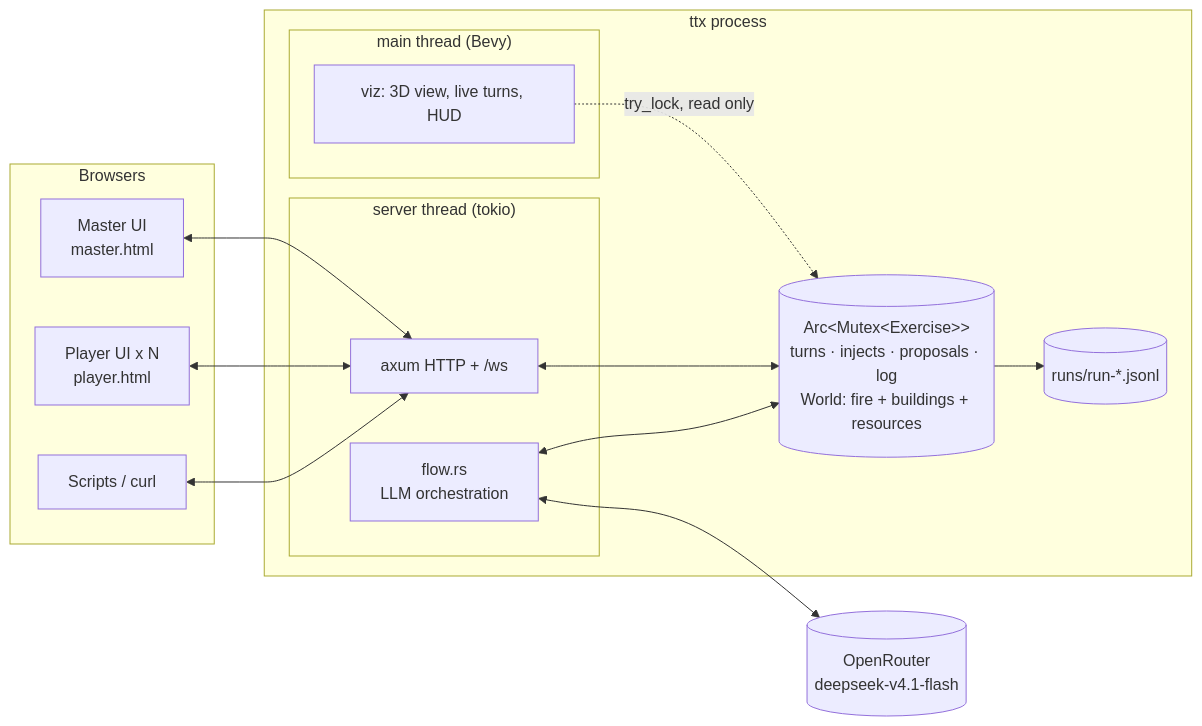
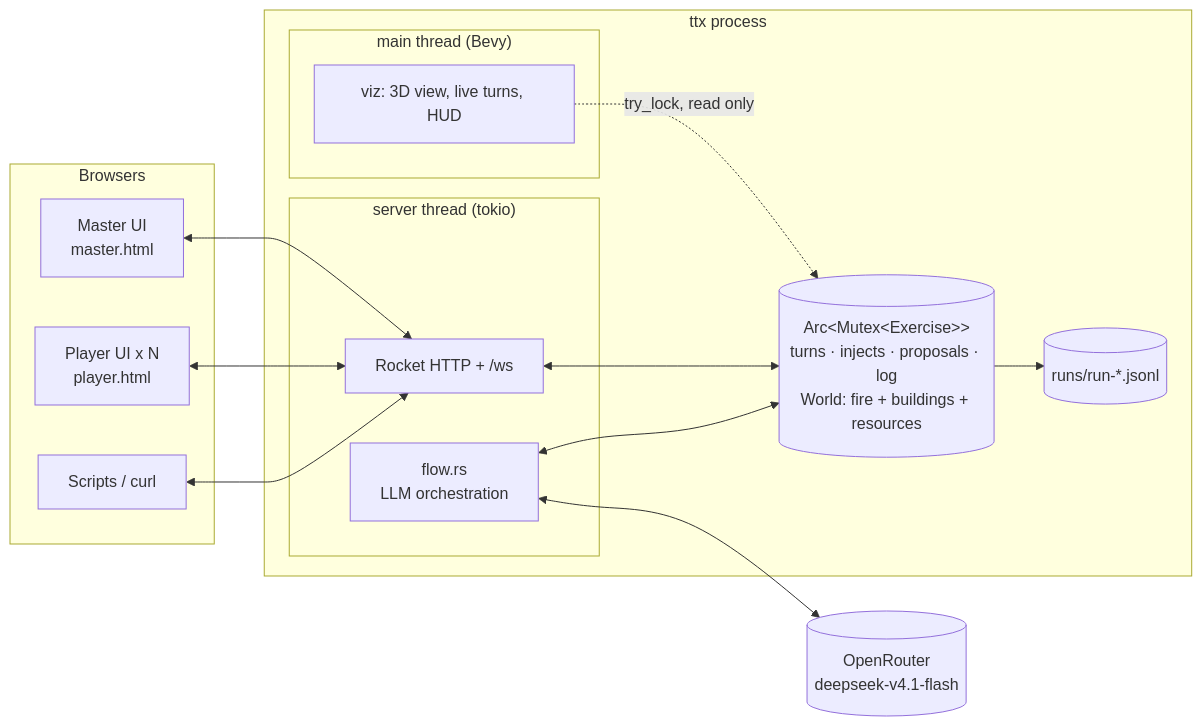
One commit to mirkodandrea/european-civil-protection-forum changed the first of 2 diagrams in docs/architecture.md. Above: the diagram before and after it, drawn with Mermaid. The commit also changed other lines of this file and 46 other files, not shown here.

````diff
--- a/docs/architecture.md
+++ b/docs/architecture.md
@@ -5,26 +5,26 @@
 ```mermaid
 flowchart LR
     subgraph Browsers
         M[Master UI<br/>master.html]
         P[Player UI x N<br/>player.html]
         S[Scripts / curl]
     end
     subgraph ttx["ttx process"]
         subgraph tokio["server thread (tokio)"]
-            API[axum HTTP + /ws]
+            API[Rocket HTTP + /ws]
             FLOW[flow.rs<br/>LLM orchestration]
         end
         EX[(Arc&lt;Mutex&lt;Exercise&gt;&gt;<br/>turns · injects · proposals · log<br/>World: fire + buildings + resources)]
         subgraph main["main thread (Bevy)"]
             VIZ[viz: 3D view, live turns, HUD]
         end
         LOG[(runs/run-*.jsonl)]
     end
     OR[(OpenRouter<br/>deepseek-v4.1-flash)]
     M & P & S <--> API
     API <--> EX
     FLOW <--> EX
     FLOW <--> OR
     VIZ -. try_lock, read only .-> EX
     EX --> LOG
 ```
````
